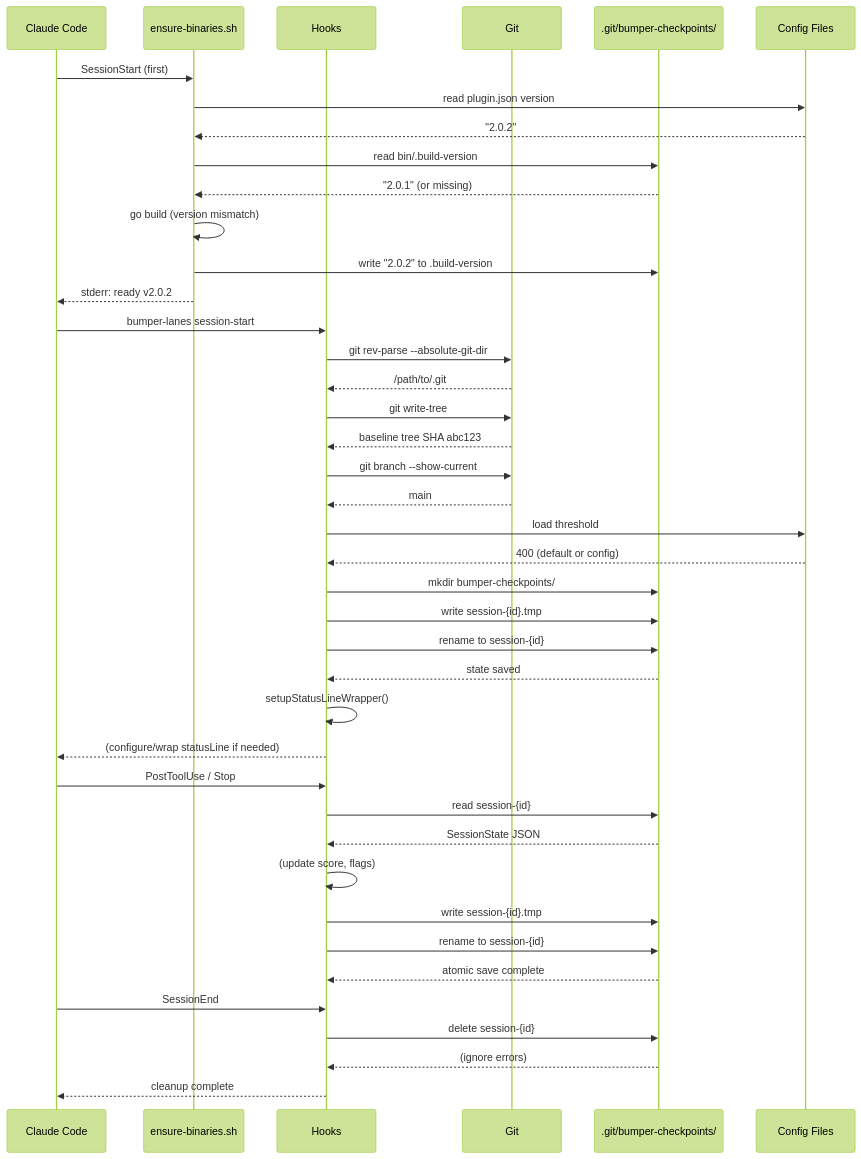
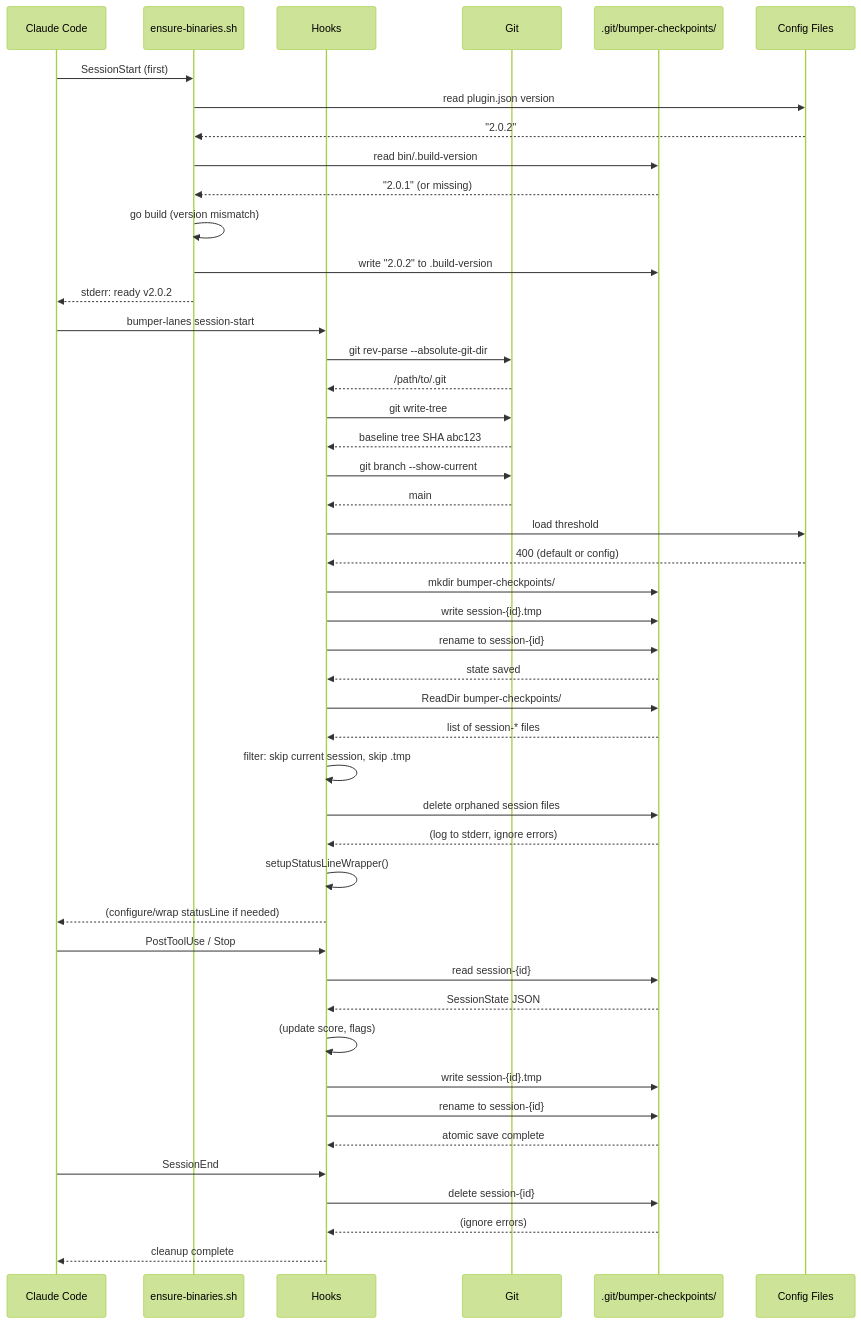
The diagram in docs/session-lifecycle-sequence.mmd (kylesnowschwartz/claude-bumper-lanes), drawn with Mermaid (forest theme) before and after one commit. The commit also changed 2 other files, not shown here.

Commit message:
feat: cleanup orphaned checkpoints on session start
Add CleanupOrphaned() function that runs on SessionStart to remove
stale checkpoint files from crashed sessions. Prevents accumulation
of orphaned files in bumper-checkpoints/ directory.

Implementation:
- Scans bumper-checkpoints/ for session-* files
- Skips current session and .tmp files (in-progress writes)
- Logs cleanup actions to stderr for visibility
- Fails open - errors don't block session start

Updated sequence diagram with cleanup flow and marked pain points
#2 and #3 as resolved.

Closes claude-bumper-lanes-zmf

```diff
--- a/docs/session-lifecycle-sequence.mmd
+++ b/docs/session-lifecycle-sequence.mmd
@@ -1,108 +1,116 @@
 %% Session Lifecycle: Checkpoint creation, updates, and cleanup
 %% Render: cat session-lifecycle-sequence.mmd | mermaid-ascii -f -
 %% Focus: State persistence in .git/bumper-checkpoints/
 
 sequenceDiagram
     participant CC as Claude Code
     participant Bin as ensure-binaries.sh
     participant Hook as Hooks
     participant Git
     participant FS as .git/bumper-checkpoints/
     participant Cfg as Config Files
 
     %% === BINARY VERSION CHECK (ensure-binaries.sh) ===
     CC->>Bin: SessionStart (first)
     Bin->>Cfg: read plugin.json version
     Cfg-->>Bin: "2.0.2"
     Bin->>FS: read bin/.build-version
     FS-->>Bin: "2.0.1" (or missing)
     Bin->>Bin: go build (version mismatch)
     Bin->>FS: write "2.0.2" to .build-version
     Bin-->>CC: stderr: ready v2.0.2
 
     %% === SESSION START ===
     CC->>Hook: bumper-lanes session-start
     Hook->>Git: git rev-parse --absolute-git-dir
     Git-->>Hook: /path/to/.git
     Hook->>Git: git write-tree
     Git-->>Hook: baseline tree SHA abc123
     Hook->>Git: git branch --show-current
     Git-->>Hook: main
     Hook->>Cfg: load threshold
     Cfg-->>Hook: 400 (default or config)
 
     %% Create checkpoint directory and state file
     Hook->>FS: mkdir bumper-checkpoints/
     Hook->>FS: write session-{id}.tmp
     Hook->>FS: rename to session-{id}
     FS-->>Hook: state saved
 
+    %% Cleanup orphaned checkpoints from crashed sessions
+    Hook->>FS: ReadDir bumper-checkpoints/
+    FS-->>Hook: list of session-* files
+    Hook->>Hook: filter: skip current session, skip .tmp
+    Hook->>FS: delete orphaned session files
+    FS-->>Hook: (log to stderr, ignore errors)
+
     %% Idempotent auto-setup check
     Hook->>Hook: setupStatusLineWrapper()
     Hook-->>CC: (configure/wrap statusLine if needed)
 
     %% === DURING SESSION (each hook call) ===
     CC->>Hook: PostToolUse / Stop
     Hook->>FS: read session-{id}
     FS-->>Hook: SessionState JSON
     Hook->>Hook: (update score, flags)
     Hook->>FS: write session-{id}.tmp
     Hook->>FS: rename to session-{id}
     FS-->>Hook: atomic save complete
 
     %% === SESSION END ===
     CC->>Hook: SessionEnd
     Hook->>FS: delete session-{id}
     FS-->>Hook: (ignore errors)
     Hook-->>CC: cleanup complete
 
 %% ============================================================
 %% VALIDATION REFERENCES
 %% ============================================================
 %% - ensure-binaries.sh: scripts/ensure-binaries.sh (version sentinel)
-%% - SessionStart: internal/hooks/session_start.go:28-67
-%% - setupStatusLineWrapper: internal/hooks/session_start.go:112-182
+%% - SessionStart: internal/hooks/session_start.go:28-70
+%% - setupStatusLineWrapper: internal/hooks/session_start.go:115-185
 %% - State New(): internal/state/session.go:135-152
 %% - State Save(): internal/state/session.go:91-132 (atomic write)
 %% - State Load(): internal/state/session.go:67-87
 %% - State Delete(): internal/state/session.go:155-161
+%% - CleanupOrphaned(): internal/state/session.go:209-254
 %% - SessionEnd: internal/hooks/session_end.go:9-13
 %% - Checkpoint dir: internal/state/session.go:36-44
 %%
 %% STATE FILE LOCATION
 %% Path: {git-dir}/bumper-checkpoints/session-{session_id}
 %% - Uses --absolute-git-dir for worktree support
 %% - Each worktree gets isolated checkpoints
 %%
 %% STATE FILE CONTENTS (JSON)
 %% {
 %%   "session_id": "abc123",
 %%   "baseline_tree": "def456",
 %%   "baseline_branch": "main",
 %%   "score": 125,
 %%   "threshold_limit": 400,
 %%   "stop_triggered": false,
 %%   "paused": false,
 %%   "view_mode": "tree",
 %%   "view_opts": "--width 80",
 %%   "created_at": "2024-01-15T10:30:00Z",
 %%   "repo_path": "/path/to/repo"
 %% }
 %%
 %% ATOMIC WRITES
 %% 1. Write to session-{id}.tmp
 %% 2. Rename to session-{id}
 %% Prevents race conditions between parallel hooks
 %%
 %% VERSION SENTINEL
 %% Path: bin/.build-version
 %% - Contains plugin version that binaries were built for
 %% - Compared against .claude-plugin/plugin.json on SessionStart
 %% - Triggers rebuild on version mismatch (plugin update scenario)
 %% - Fast path (~33ms) when version matches and binaries exist
 %%
 %% PAIN POINTS
 %% 1. State read/write on every hook call (I/O overhead)
-%% 2. No cleanup of orphaned checkpoints if session crashes
-%% 3. Checkpoint dir accumulates lock files on crashes
+%% 2. [RESOLVED] Orphaned checkpoints cleaned on SessionStart (CleanupOrphaned)
+%% 3. [RESOLVED] Temp files skipped during cleanup (may be in-progress writes)
 %% 4. No state versioning - schema changes break old files
```
